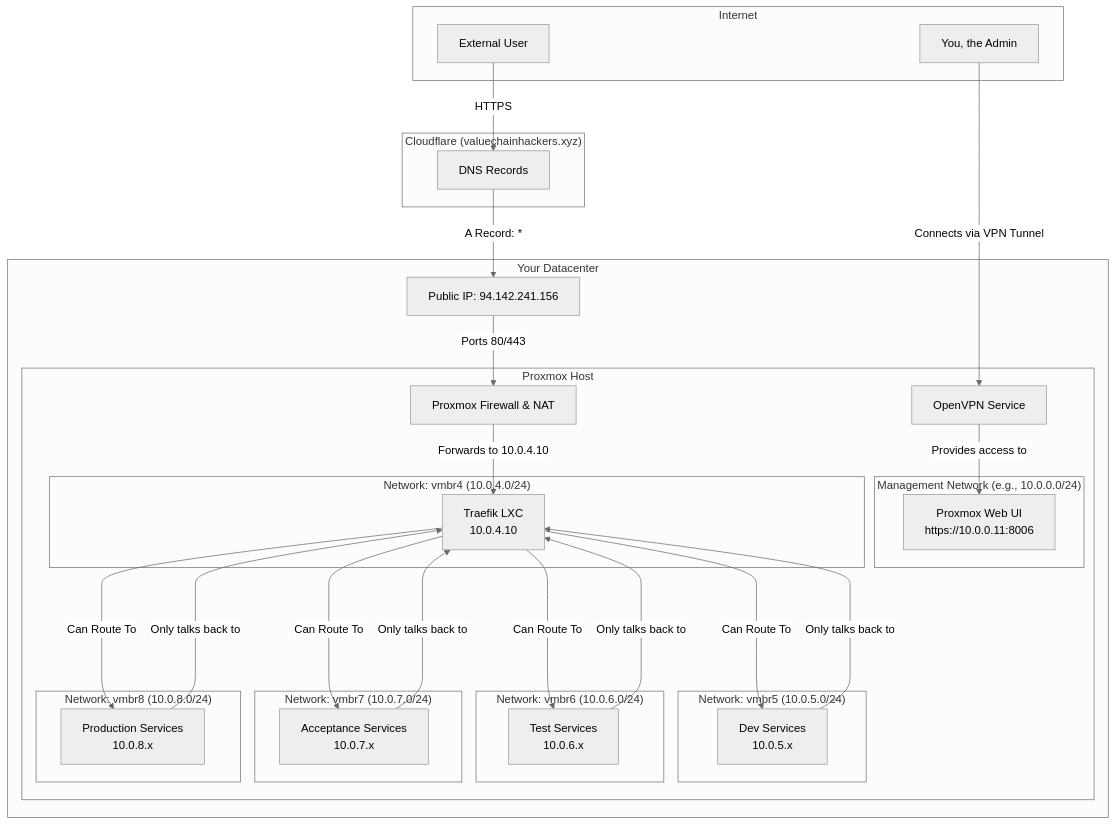
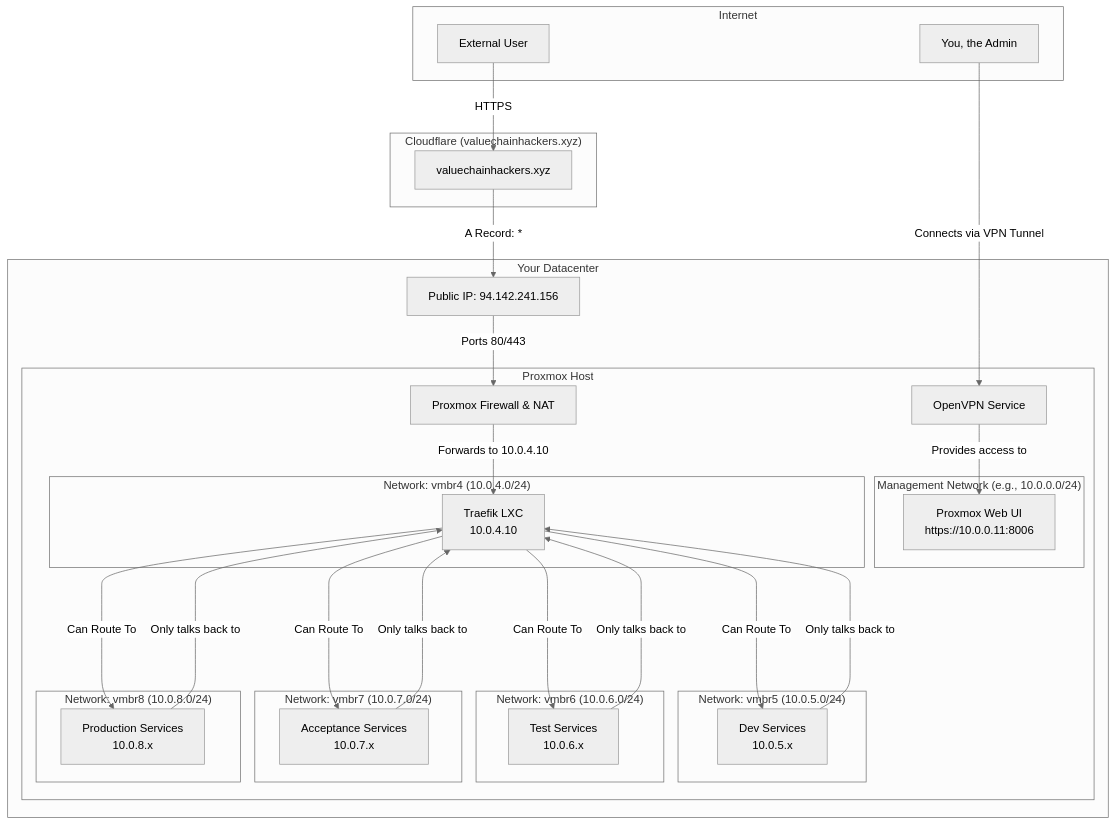
Before and after one commit to Research-Ready/TraeficSetup: the diagram in architecture.md, drawn with Mermaid (neutral theme).

````diff
--- a/architecture.md
+++ b/architecture.md
@@ -12,69 +12,69 @@
 ```mermaid
 graph TD
     subgraph Internet
         User[External User]
         Admin[You, the Admin]
     end
 
     subgraph "Cloudflare (valuechainhackers.xyz)"
-        DNS[DNS Records]
+        DNS[valuechainhackers.xyz]
     end
 
     subgraph "Your Datacenter"
         Public_IP[Public IP: 94.142.241.156]
 
         subgraph "Proxmox Host"
             %% Host-level Services
             Firewall[Proxmox Firewall & NAT]
             OpenVPN[OpenVPN Service]
             
             subgraph "Management Network (e.g., 10.0.0.0/24)"
                 PVE_UI[Proxmox Web UI <br> https://10.0.0.11:8006]
             end
 
             %% Guest Networks (Virtual Bridges)
             subgraph "Network: vmbr4 (10.0.4.0/24)"
                 Traefik_LXC[Traefik LXC <br> 10.0.4.10]
             end
 
             subgraph "Network: vmbr5 (10.0.5.0/24)"
                 Dev_Placeholder[Dev Services <br> 10.0.5.x]
             end
 
             subgraph "Network: vmbr6 (10.0.6.0/24)"
                 Test_Placeholder[Test Services <br> 10.0.6.x]
             end
 
             subgraph "Network: vmbr7 (10.0.7.0/24)"
                 Acc_Placeholder[Acceptance Services <br> 10.0.7.x]
             end
 
             subgraph "Network: vmbr8 (10.0.8.0/24)"
                 Prod_Placeholder[Production Services <br> 10.0.8.x]
             end
         end
     end
 
     %% Define Connections
     %% Public User Flow
     User -- HTTPS --> DNS
     DNS -- "A Record: *" --> Public_IP
     Public_IP -- "Ports 80/443" --> Firewall
     Firewall -- "Forwards to 10.0.4.10" --> Traefik_LXC
 
     %% Admin Management Flow
     Admin -- "Connects via VPN Tunnel" --> OpenVPN
     OpenVPN -- "Provides access to" --> PVE_UI
 
     %% Internal Service Routing
     Traefik_LXC -- "Can Route To" --> Dev_Placeholder
     Traefik_LXC -- "Can Route To" --> Test_Placeholder
     Traefik_LXC -- "Can Route To" --> Acc_Placeholder
     Traefik_LXC -- "Can Route To" --> Prod_Placeholder
 
     %% Firewall Isolation Rules
     Dev_Placeholder ---->|Only talks back to| Traefik_LXC
     Test_Placeholder ---->|Only talks back to| Traefik_LXC
     Acc_Placeholder ---->|Only talks back to| Traefik_LXC
     Prod_Placeholder ---->|Only talks back to| Traefik_LXC
 ```
````
